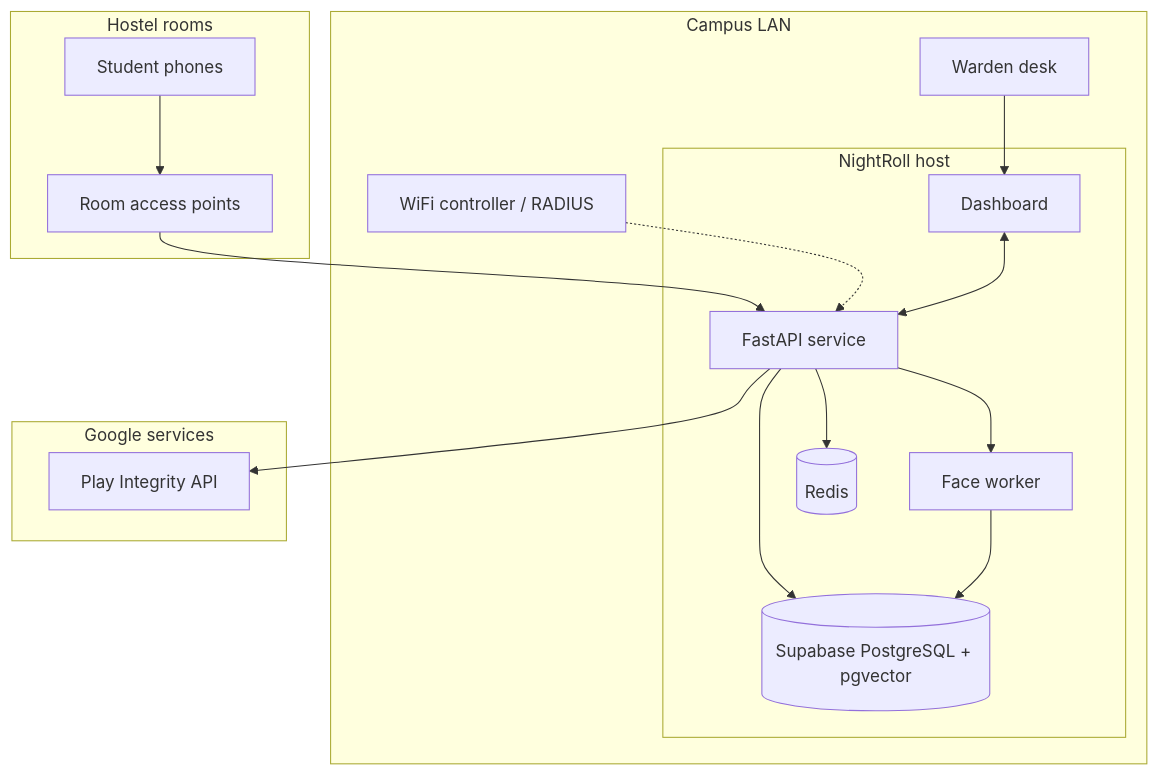
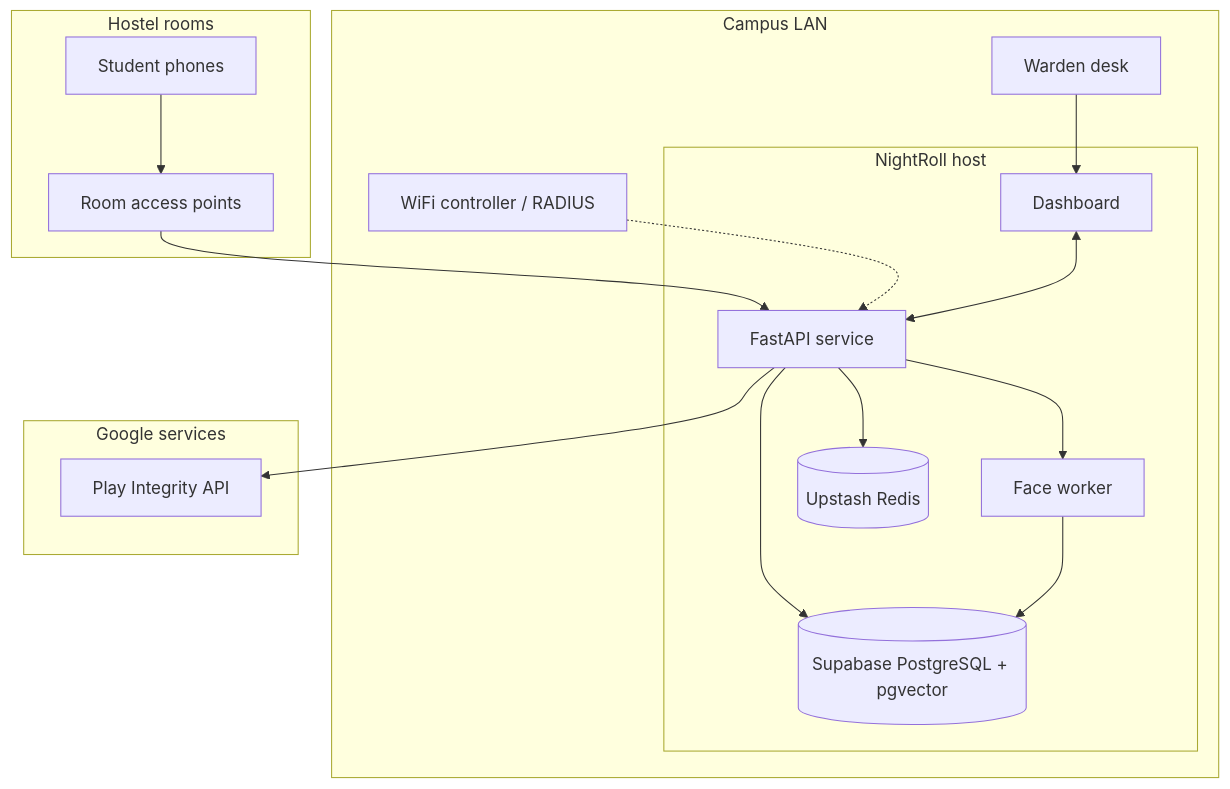
One commit to Rahul-8283/NightRoll changed diagram 13 of 14 in README.md. Above: the diagram before and after it, drawn with Mermaid. The commit also changed other lines of this file and 11 other files, not shown here.

Commit message:
chore: switch Redis to hosted Upstash across env, docs and phases

````diff
--- a/README.md
+++ b/README.md
@@ -530,34 +530,34 @@
 ```mermaid
 flowchart TB
     subgraph Rooms["Hostel rooms"]
         PH["Student phones"]
         AP["Room access points"]
         PH --> AP
     end
 
     subgraph LAN["Campus LAN"]
         CTRL["WiFi controller / RADIUS"]
         subgraph Host["NightRoll host"]
             API["FastAPI service"]
             WK["Face worker"]
-            RDS[("Redis")]
+            RDS[("Upstash Redis")]
             PGS[("Supabase PostgreSQL + pgvector")]
             WEB["Dashboard"]
             API --> RDS
             API --> PGS
             API --> WK
             WK --> PGS
         end
         WD["Warden desk"]
     end
 
     subgraph Cloud["Google services"]
         PIS["Play Integrity API"]
     end
 
     AP --> API
     CTRL -.-> API
     WD --> WEB
     WEB <--> API
     API --> PIS
 ```
````
